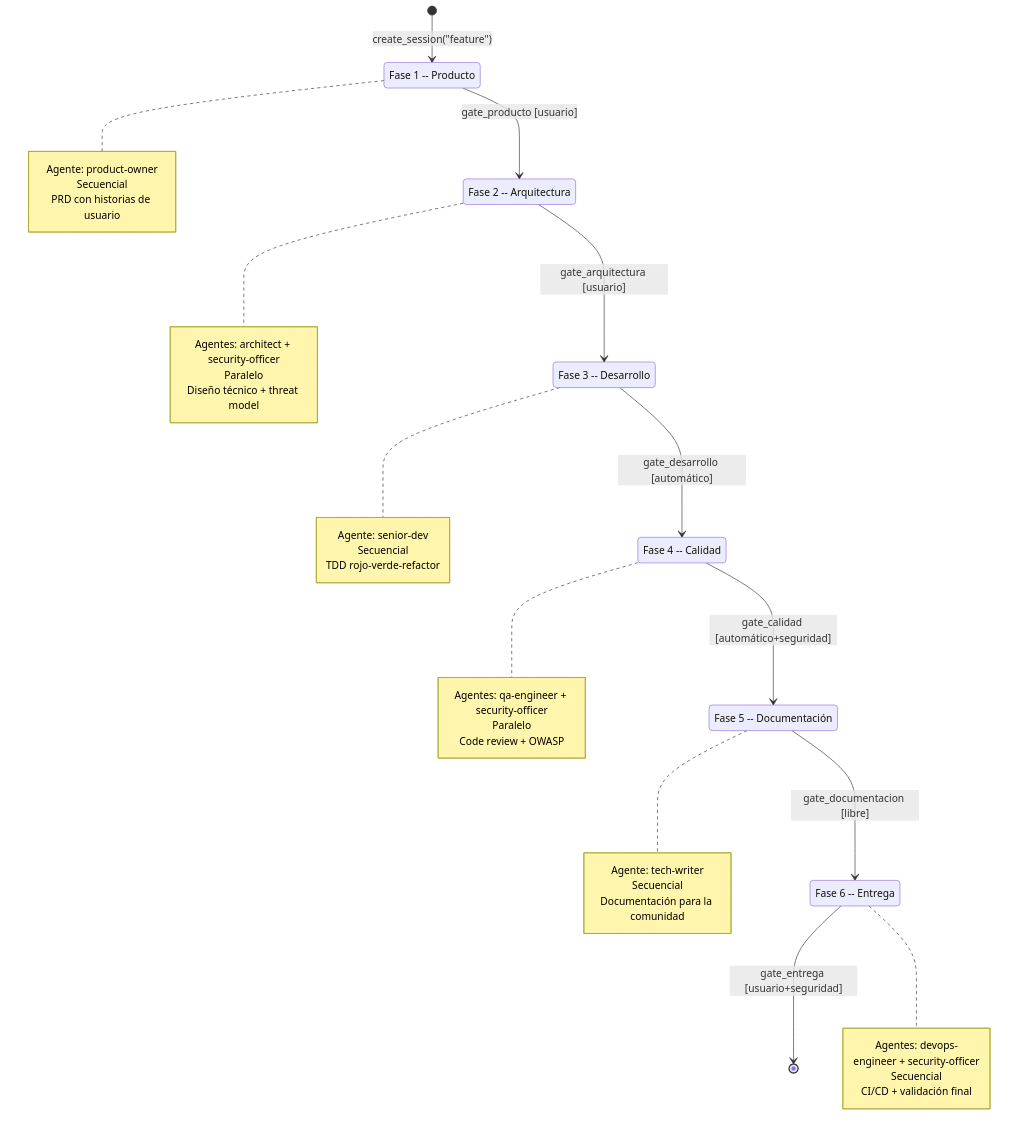
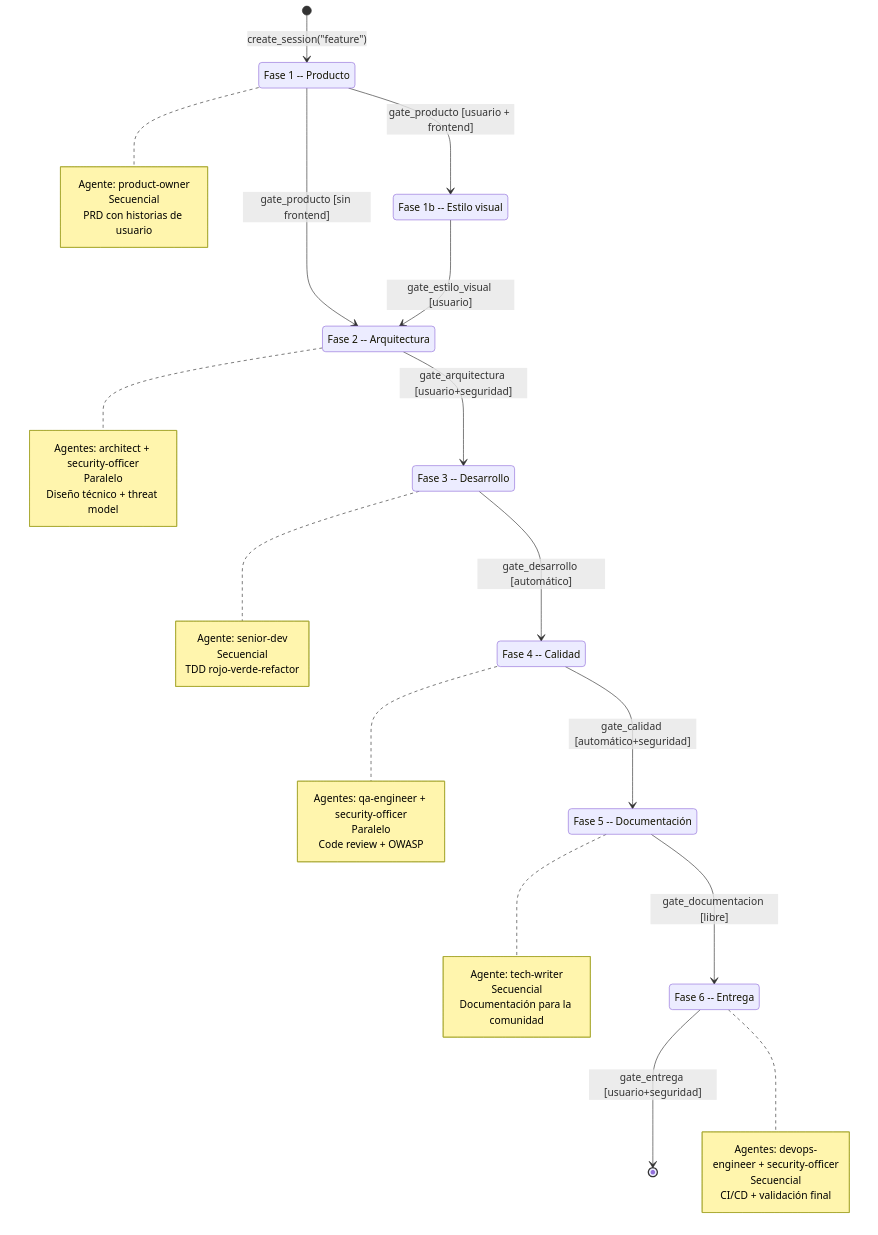
Before and after one commit to 686f6c61/alfred-dev: the first of 7 diagrams in docs/flows.md, drawn with Mermaid. The commit also changed other lines of this file and 165 other files, not shown here.

````diff
--- a/docs/flows.md
+++ b/docs/flows.md
@@ -178,56 +192,59 @@
 ```mermaid
 stateDiagram-v2
     direction TB
 
     [*] --> producto: create_session("feature")
 
     state "Fase 1 -- Producto" as producto
+    state "Fase 1b -- Estilo visual" as estilo_visual
     state "Fase 2 -- Arquitectura" as arquitectura
     state "Fase 3 -- Desarrollo" as desarrollo
     state "Fase 4 -- Calidad" as calidad
     state "Fase 5 -- Documentación" as documentación
     state "Fase 6 -- Entrega" as entrega
 
-    producto --> arquitectura: gate_producto [usuario]
-    arquitectura --> desarrollo: gate_arquitectura [usuario]
+    producto --> estilo_visual: gate_producto [usuario + frontend]
+    producto --> arquitectura: gate_producto [sin frontend]
+    estilo_visual --> arquitectura: gate_estilo_visual [usuario]
+    arquitectura --> desarrollo: gate_arquitectura [usuario+seguridad]
     desarrollo --> calidad: gate_desarrollo [automático]
     calidad --> documentación: gate_calidad [automático+seguridad]
     documentación --> entrega: gate_documentacion [libre]
     entrega --> [*]: gate_entrega [usuario+seguridad]
 
     note right of producto
         Agente: product-owner
         Secuencial
         PRD con historias de usuario
     end note
 
     note right of arquitectura
         Agentes: architect + security-officer
         Paralelo
         Diseño técnico + threat model
     end note
 
     note right of desarrollo
         Agente: senior-dev
         Secuencial
         TDD rojo-verde-refactor
     end note
 
     note right of calidad
         Agentes: qa-engineer + security-officer
         Paralelo
         Code review + OWASP
     end note
 
     note right of documentación
         Agente: tech-writer
         Secuencial
         Documentación para la comunidad
     end note
 
     note right of entrega
         Agentes: devops-engineer + security-officer
         Secuencial
         CI/CD + validación final
     end note
 ```
````
